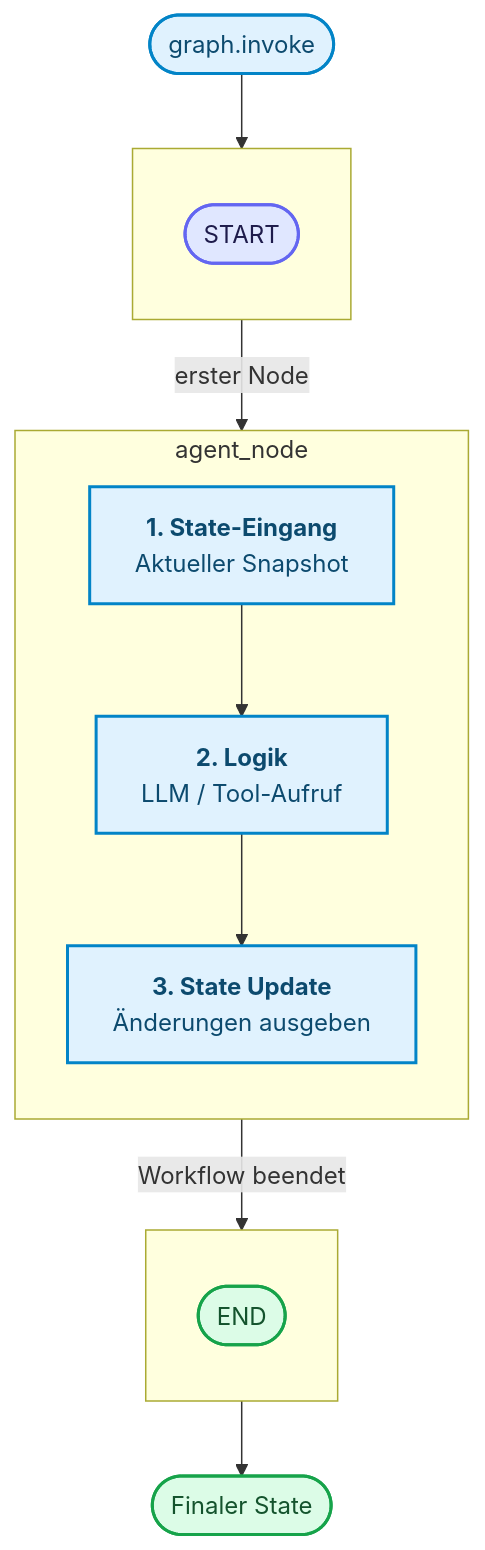
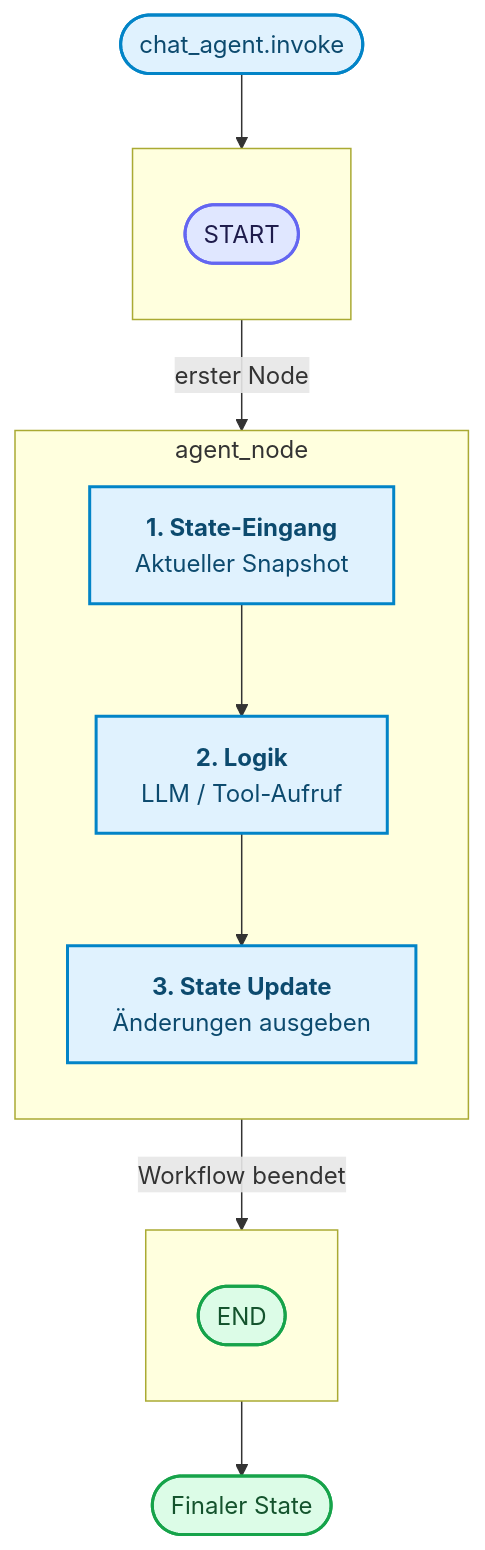
Before and after one commit to ralf-42/GenAI: the second of 7 diagrams in docs/06-frameworks/einsteiger-langgraph.md, drawn with Mermaid. The commit also changed other lines of this file and 3 other files, not shown here.

````diff
--- a/docs/06-frameworks/einsteiger-langgraph.md
+++ b/docs/06-frameworks/einsteiger-langgraph.md
@@ -162,38 +162,38 @@
 ```mermaid
 flowchart TD
     %% Einstiegspunkt
-    INVOKE([graph.invoke]) --> START
+    INVOKE([chat_agent.invoke]) --> START
 
     %% Hauptknoten
     subgraph START_NODE [ ]
         direction TB
         START([START])
     end
 
     subgraph AGENT_NODE [agent_node]
         direction TB
         StateIn[<b>1. State-Eingang</b><br/>Aktueller Snapshot]
         LLM[<b>2. Logik</b><br/>LLM / Tool-Aufruf]
         Update[<b>3. State Update</b><br/>Änderungen ausgeben]
 
         StateIn --> LLM
         LLM --> Update
     end
 
     subgraph END_NODE [ ]
         direction TB
         END([END])
     end
 
     %% Verbindungen
     START -->|erster Node| AGENT_NODE
     AGENT_NODE -->|Workflow beendet| END
     END --> RESULT([Finaler State])
 
 %% Funktionsfarben nach Mermaid_Best_Practices.md
 classDef default fill:#e0f2fe,stroke:#0284c7,stroke-width:2px,color:#0c4a6e;
 classDef input fill:#e0e7ff,stroke:#6366f1,stroke-width:2px,color:#1e1b4b;
 classDef output fill:#dcfce7,stroke:#16a34a,stroke-width:2px,color:#14532d;
 class START input;
 class END,RESULT output;
 ```
````
